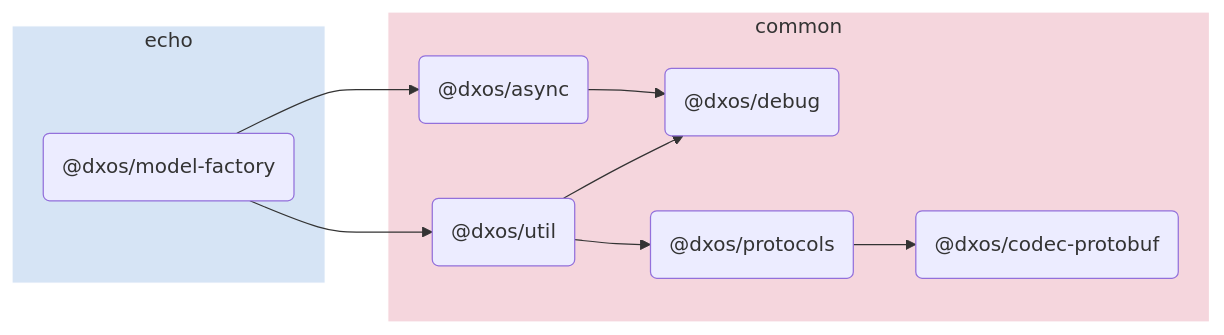
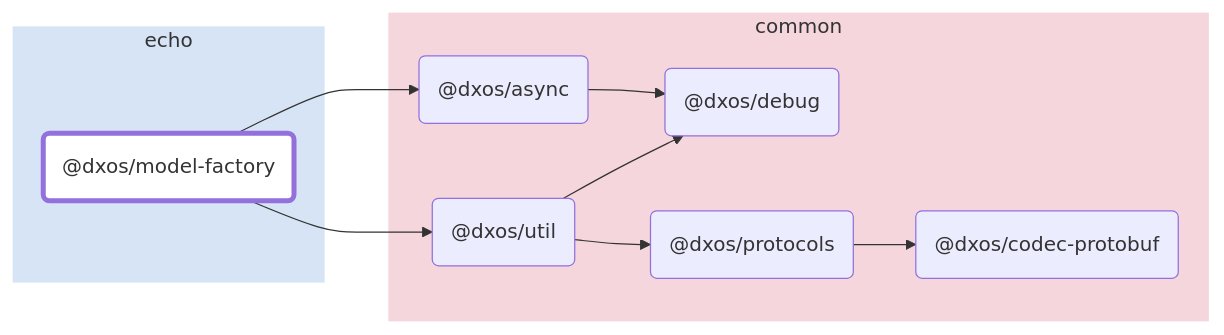
One commit to dxos/dxos changed the diagram in packages/echo/model-factory/docs/README.md. Above: the diagram before and after it, drawn with Mermaid. The commit also changed other lines of this file and 88 other files, not shown here.

````diff
--- a/packages/echo/model-factory/docs/README.md
+++ b/packages/echo/model-factory/docs/README.md
@@ -5,24 +7,32 @@
 ```mermaid
 flowchart LR;
+
+style dxos/model-factory fill:#fff,stroke-width:4px;
+
+click dxos/async "https:/github.com/dxos/dxos/tree/main/packages/common/async/docs";
+click dxos/debug "https:/github.com/dxos/dxos/tree/main/packages/common/debug/docs";
+click dxos/codec-protobuf "https:/github.com/dxos/dxos/tree/main/packages/common/codec-protobuf/docs";
+click dxos/protocols "https:/github.com/dxos/dxos/tree/main/packages/common/protocols/docs";
+click dxos/util "https:/github.com/dxos/dxos/tree/main/packages/common/util/docs";
 
 subgraph echo
   style echo fill:#d6e4f5,stroke:#fff;
   dxos/model-factory("@dxos/model-factory");
 end
 
 subgraph common
   style common fill:#f5d6dd,stroke:#fff;
   dxos/async("@dxos/async");
   dxos/debug("@dxos/debug");
   dxos/codec-protobuf("@dxos/codec-protobuf");
   dxos/protocols("@dxos/protocols");
   dxos/util("@dxos/util");
 end
 
 dxos/model-factory --> dxos/async;
 dxos/async --> dxos/debug;
 dxos/protocols --> dxos/codec-protobuf;
 dxos/model-factory --> dxos/util;
 dxos/util --> dxos/debug;
 dxos/util --> dxos/protocols;
 ```
````
